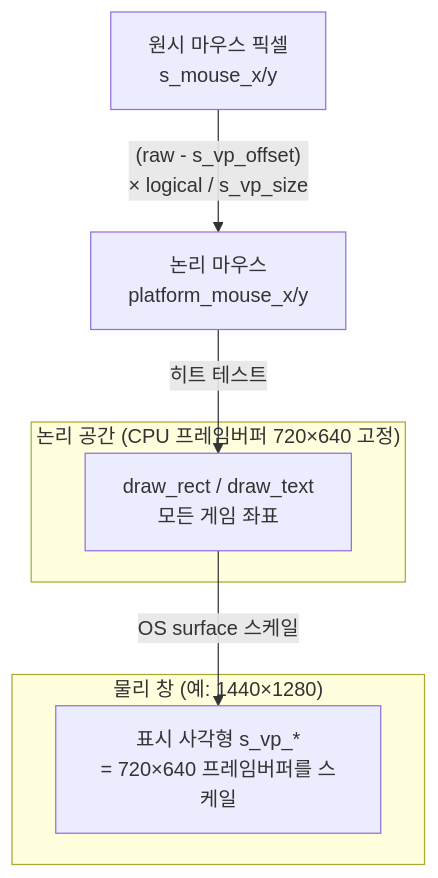
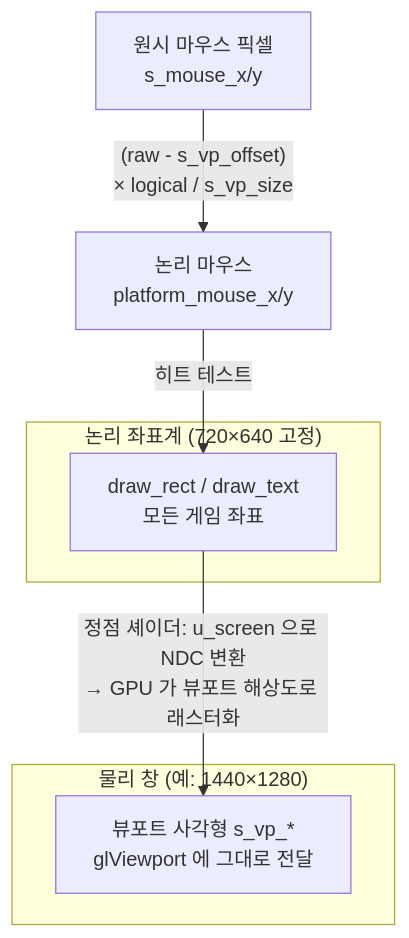
The second of 2 diagrams in docs/blog/part11-settings-and-options.md (Rein-ArXiv/Tetris-Multiplayer-RL), drawn with Mermaid before and after one commit. The commit also changed other lines of this file and 13 other files, not shown here.

````diff
--- a/docs/blog/part11-settings-and-options.md
+++ b/docs/blog/part11-settings-and-options.md
@@ -853,12 +975,12 @@
 ```mermaid
 graph TB
-    subgraph Logical["논리 공간 (CPU 프레임버퍼 720×640 고정)"]
+    subgraph Logical["논리 좌표계 (720×640 고정)"]
         L[draw_rect / draw_text<br/>모든 게임 좌표]
     end
     subgraph Physical["물리 창 (예: 1440×1280)"]
-        VP["표시 사각형 s_vp_*<br/>= 720×640 프레임버퍼를 스케일"]
+        VP["뷰포트 사각형 s_vp_*<br/>glViewport 에 그대로 전달"]
     end
-    L -->|OS surface 스케일| VP
+    L -->|"정점 셰이더: u_screen 으로 NDC 변환<br/>→ GPU 가 뷰포트 해상도로 래스터화"| VP
     M["원시 마우스 픽셀<br/>s_mouse_x/y"] -->|"(raw - s_vp_offset)<br/>× logical / s_vp_size"| LM["논리 마우스<br/>platform_mouse_x/y"]
     LM -->|히트 테스트| L
 ```
````
